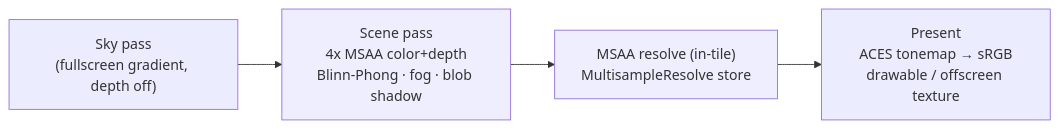
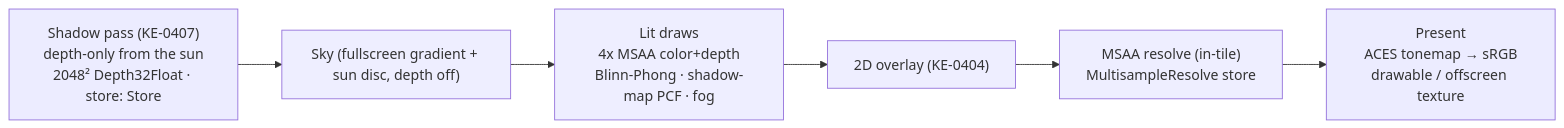
Before and after one commit to parsabee/KamanEngine: the tenth of 10 diagrams in docs/DESIGN.md, drawn with Mermaid. The commit also changed other lines of this file and 13 other files, not shown here.

First line of the commit message:
KE-0407: real fitted shadow-map pass

````diff
--- a/docs/DESIGN.md
+++ b/docs/DESIGN.md
@@ -369,9 +372,11 @@
 ```mermaid
 graph LR
-    A["Sky pass<br/>(fullscreen gradient, depth off)"] --> B
-    B["Scene pass<br/>4x MSAA color+depth<br/>Blinn-Phong · fog · blob shadow"] --> C
+    S["Shadow pass (KE-0407)<br/>depth-only from the sun<br/>2048² Depth32Float · store: Store"] --> A
+    A["Sky (fullscreen gradient + sun disc, depth off)"] --> B
+    B["Lit draws<br/>4x MSAA color+depth<br/>Blinn-Phong · shadow-map PCF · fog"] --> O
+    O["2D overlay (KE-0404)"] --> C
     C["MSAA resolve (in-tile)<br/>MultisampleResolve store"] --> D
     D["Present<br/>ACES tonemap → sRGB<br/>drawable / offscreen texture"]
     classDef msaa fill:#eef;
-    class B,C msaa;
+    class A,B,O,C msaa;
 ```
````
